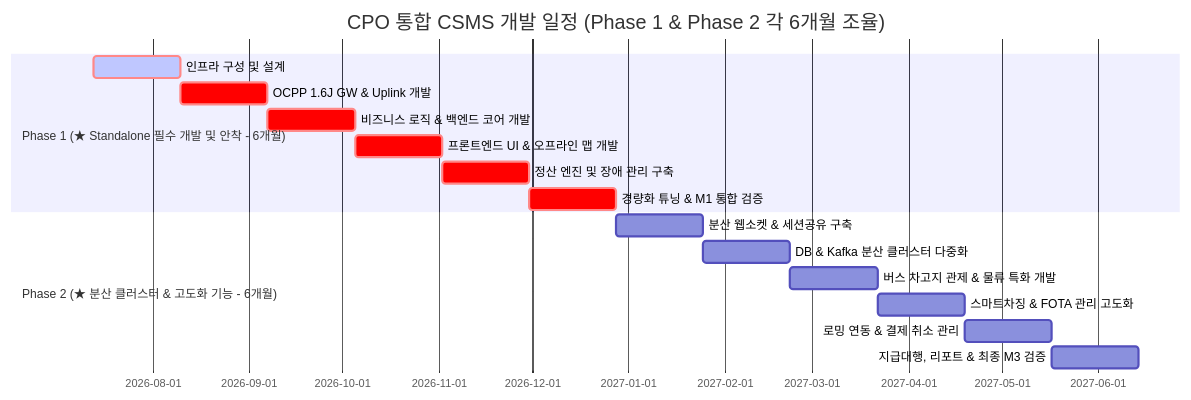
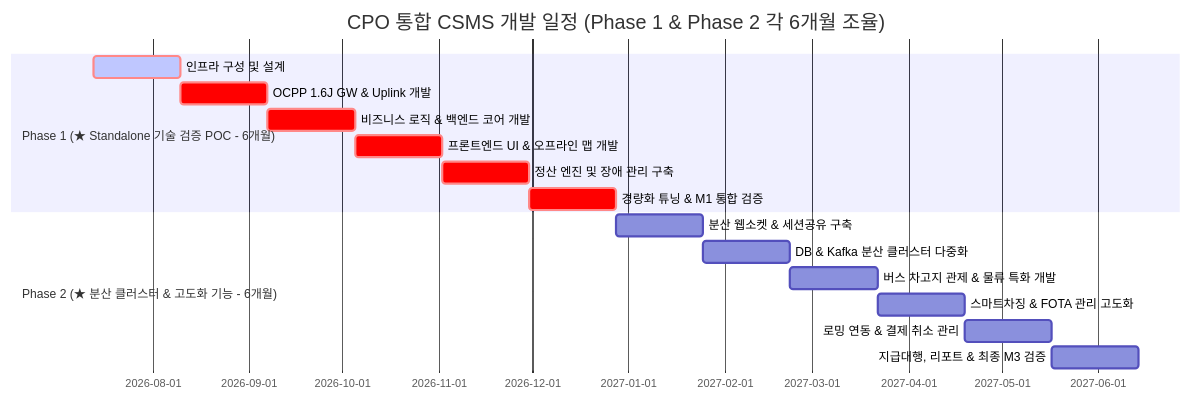
One commit to h2y-hyhong2/h2y-ocpp changed the diagram in doc/03.timeline.md. Above: the diagram before and after it, drawn with Mermaid. The commit also changed other lines of this file and 10 other files, not shown here.

````diff
--- a/doc/03.timeline.md
+++ b/doc/03.timeline.md
@@ -21,22 +24,22 @@
 ```mermaid
 gantt
     title CPO 통합 CSMS 개발 일정 (Phase 1 & Phase 2 각 6개월 조율)
     dateFormat  YYYY-MM-DD
     axisFormat  %Y-%m-%d
     
-    section Phase 1 (★ Standalone 필수 개발 및 안착 - 6개월)
+    section Phase 1 (★ Standalone 기술 검증 POC - 6개월)
     인프라 구성 및 설계        :crit, active, p1_infra, 2026-07-13, 28d
     OCPP 1.6J GW & Uplink 개발   :crit, p1_gw, after p1_infra, 28d
     비즈니스 로직 & 백엔드 코어 개발 :crit, p1_biz, after p1_gw, 28d
     프론트엔드 UI & 오프라인 맵 개발 :crit, p1_fe, after p1_biz, 28d
     정산 엔진 및 장애 관리 구축    :crit, p1_twin, after p1_fe, 28d
     경량화 튜닝 & M1 통합 검증      :crit, p1_test, after p1_twin, 28d
     
     section Phase 2 (★ 분산 클러스터 & 고도화 기능 - 6개월)
     분산 웹소켓 & 세션공유 구축      : p2_infra, after p1_test, 28d
     DB & Kafka 분산 클러스터 다중화 : p2_db, after p2_infra, 28d
     버스 차고지 관제 & 물류 특화 개발  : p2_bus, after p2_db, 28d
     스마트차징 & FOTA 관리 고도화   : p2_smart, after p2_bus, 28d
     로밍 연동 & 결제 취소 관리      : p2_roam, after p2_smart, 28d
     지급대행, 리포트 & 최종 M3 검증   : p2_final, after p2_roam, 28d
 ```
````
